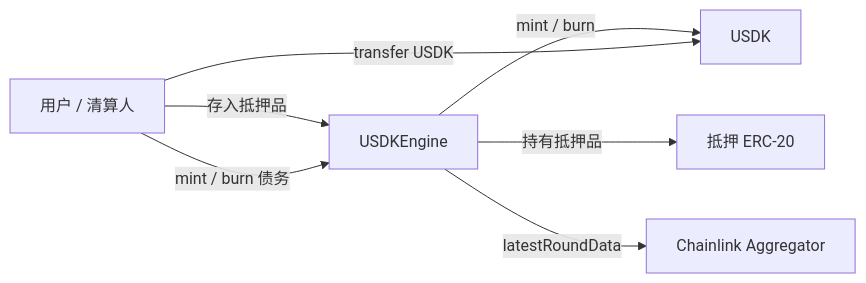
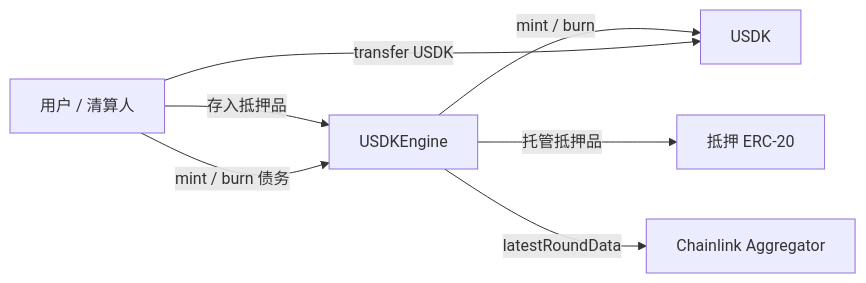
One commit to songkai237/usdk changed the diagram in README.md. Above: the diagram before and after it, drawn with Mermaid. The commit also changed other lines of this file and 6 other files, not shown here.

````diff
--- a/README.md
+++ b/README.md
@@ -31,15 +43,15 @@
 ```mermaid
 flowchart LR
     User[用户 / 清算人]
     Engine[USDKEngine]
     Token[USDK]
     Collateral[抵押 ERC-20]
     Oracle[Chainlink Aggregator]
 
     User -->|存入抵押品| Engine
     User -->|mint / burn 债务| Engine
     Engine -->|mint / burn| Token
-    Engine -->|持有抵押品| Collateral
+    Engine -->|托管抵押品| Collateral
     Engine -->|latestRoundData| Oracle
     User -->|transfer USDK| Token
 ```
````
